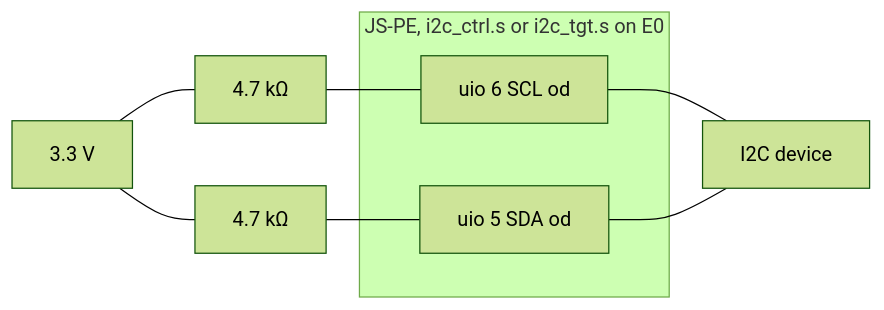
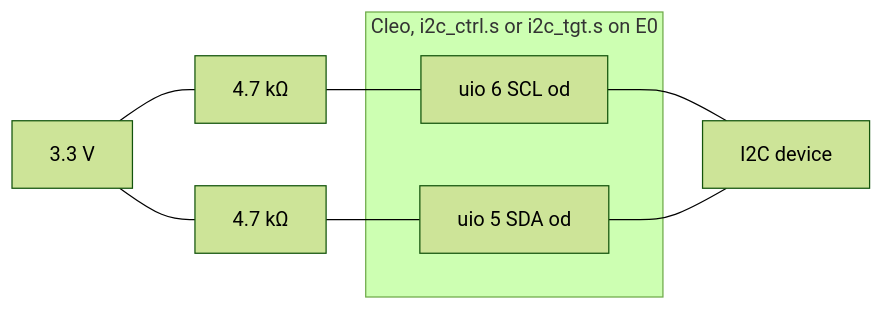
Before and after one commit to NotCleo/JS-PE: the third of 6 diagrams in docs/INTERFACING.md, drawn with Mermaid (forest theme). The commit also changed other lines of this file and 13 other files, not shown here.

Commit message:
readme: shorter rewrite, timeline removed; chip renamed Cleo in docs, info.yaml title and sw headers

````diff
--- a/docs/INTERFACING.md
+++ b/docs/INTERFACING.md
@@ -76,11 +76,11 @@
 ```mermaid
 flowchart LR
   V[3.3 V] --- R1[4.7 kΩ] --- SCL
   V --- R2[4.7 kΩ] --- SDA
-  subgraph JSPE[JS-PE, i2c_ctrl.s or i2c_tgt.s on E0]
+  subgraph JSPE[Cleo, i2c_ctrl.s or i2c_tgt.s on E0]
     SCL[uio 6 SCL od]
     SDA[uio 5 SDA od]
   end
   SCL --- D[I2C device]
   SDA --- D
 ```
````
